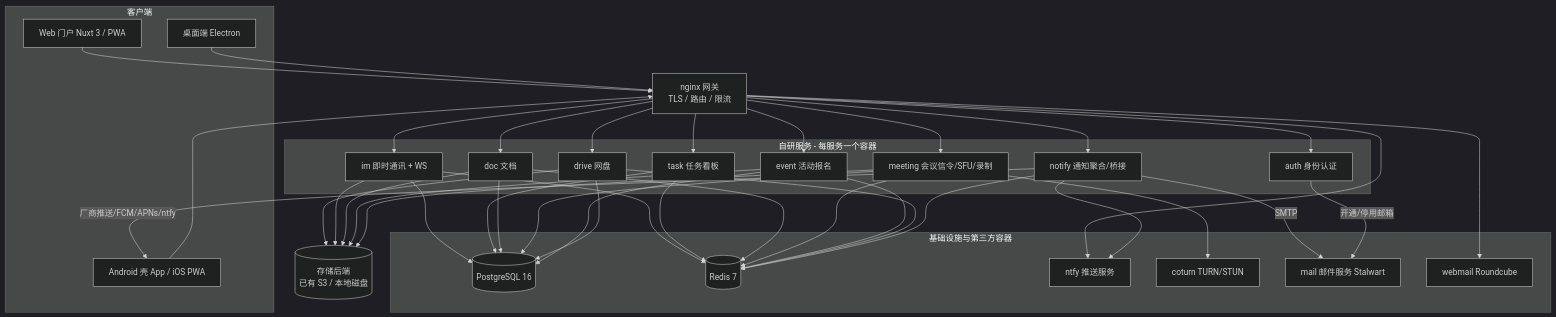
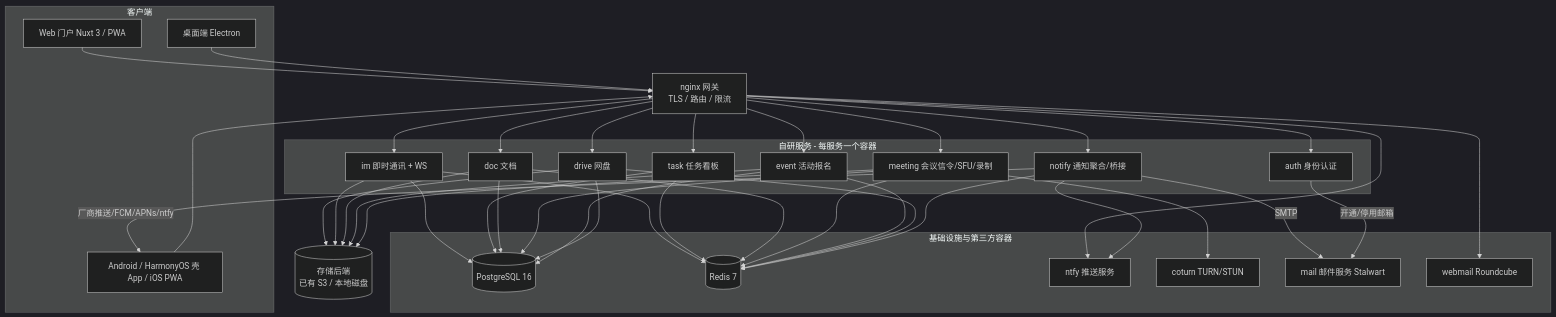
Before and after one commit to TUST-Open-Source-Club/oa: the first of 4 diagrams in docs/requirements.md, drawn with Mermaid (dark theme). The commit also changed other lines of this file, not shown here.

Commit message:
docs: v0.11 新增 HarmonyOS NEXT PWA 原生壳（ArkTS + ArkWeb + Push Kit）

````diff
--- a/docs/requirements.md
+++ b/docs/requirements.md
@@ -92,46 +93,46 @@
 ```mermaid
 flowchart TB
     subgraph Clients[客户端]
         WEB[Web 门户 Nuxt 3 / PWA]
-        MOB[Android 壳 App / iOS PWA]
+        MOB[Android / HarmonyOS 壳 App / iOS PWA]
         DESK[桌面端 Electron]
     end
 
     GW[nginx 网关<br/>TLS / 路由 / 限流]
 
     subgraph Services[自研服务 - 每服务一个容器]
         AUTH[auth 身份认证]
         IM[im 即时通讯 + WS]
         TASK[task 任务看板]
         DOC[doc 文档]
         MEET[meeting 会议信令/SFU/录制]
         EVENT[event 活动报名]
         DRIVE[drive 网盘]
         NOTIFY[notify 通知聚合/桥接]
     end
 
     subgraph Infra[基础设施与第三方容器]
         PG[(PostgreSQL 16)]
         REDIS[(Redis 7)]
         NTFY[ntfy 推送服务]
         TURN[coturn TURN/STUN]
         MAIL[mail 邮件服务 Stalwart]
         WEBMAIL[webmail Roundcube]
     end
 
     STORE[(存储后端<br/>已有 S3 / 本地磁盘)]
 
     WEB --> GW
     MOB --> GW
     DESK --> GW
     GW --> AUTH & IM & TASK & DOC & MEET & EVENT & DRIVE & NOTIFY
     GW --> NTFY & WEBMAIL
     IM & TASK & DOC & MEET & EVENT & DRIVE --> PG
     IM & TASK & DOC & MEET & EVENT & DRIVE & NOTIFY --> REDIS
     DRIVE & IM & DOC & EVENT & MEET --> STORE
     MEET --> TURN
     NOTIFY --> NTFY
     NOTIFY -->|厂商推送/FCM/APNs/ntfy| MOB
     NOTIFY -->|SMTP| MAIL
     AUTH -->|开通/停用邮箱| MAIL
 ```
````
